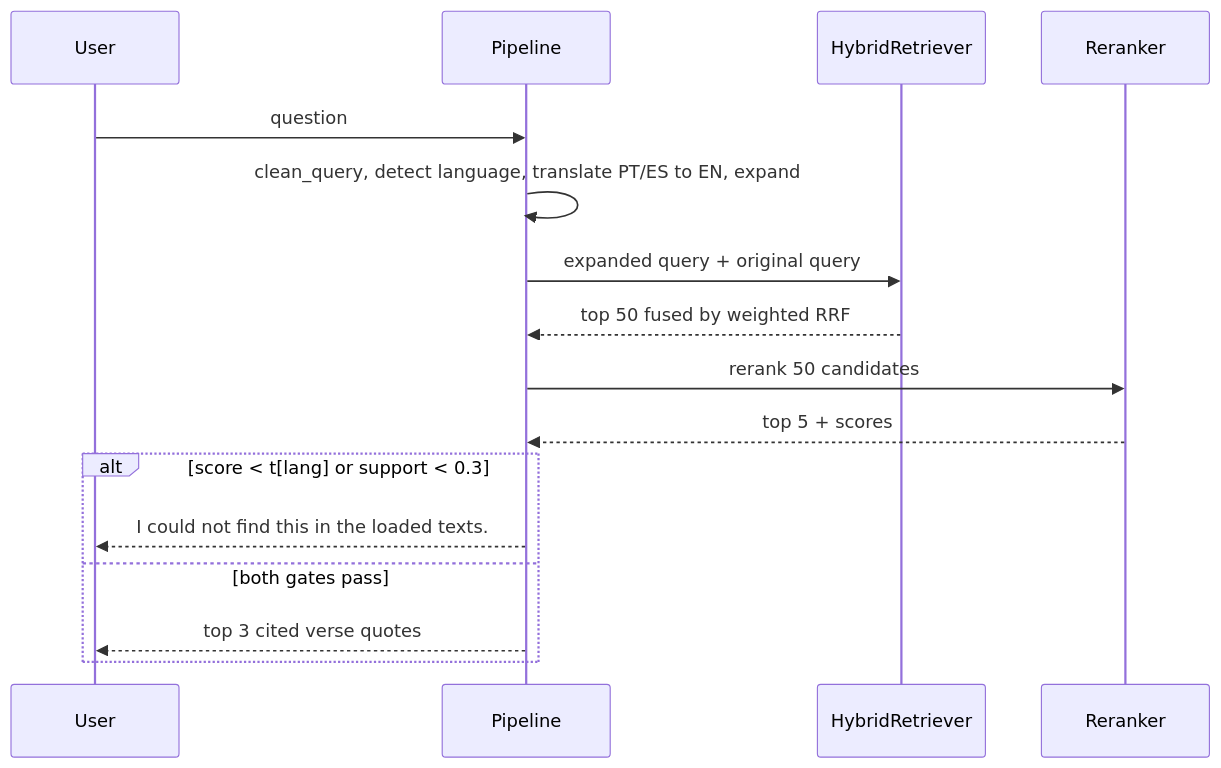
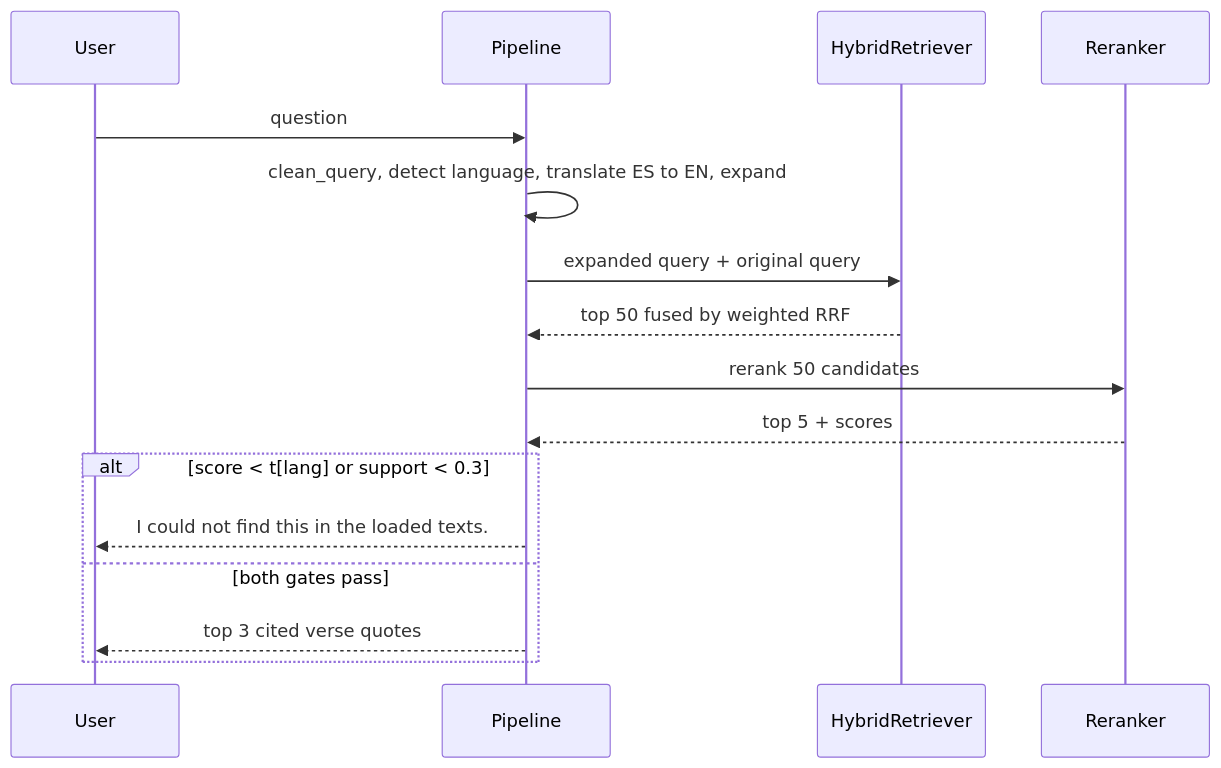
The diagram in README.md (IgorCSIS/scripture-rag), drawn with Mermaid before and after one commit. The commit also changed other lines of this file and 6 other files, not shown here.

Commit message:
Launch languages are English and Spanish; Portuguese deferred in docs and diagrams

````diff
--- a/README.md
+++ b/README.md
@@ -123,18 +123,18 @@
 ```mermaid
 sequenceDiagram
   participant U as User
   participant P as Pipeline
   participant R as HybridRetriever
   participant RR as Reranker
   U->>P: question
-  P->>P: clean_query, detect language, translate PT/ES to EN, expand
+  P->>P: clean_query, detect language, translate ES to EN, expand
   P->>R: expanded query + original query
   R-->>P: top 50 fused by weighted RRF
   P->>RR: rerank 50 candidates
   RR-->>P: top 5 + scores
   alt score < t[lang] or support < 0.3
     P-->>U: I could not find this in the loaded texts.
   else both gates pass
     P-->>U: top 3 cited verse quotes
   end
 ```
````
